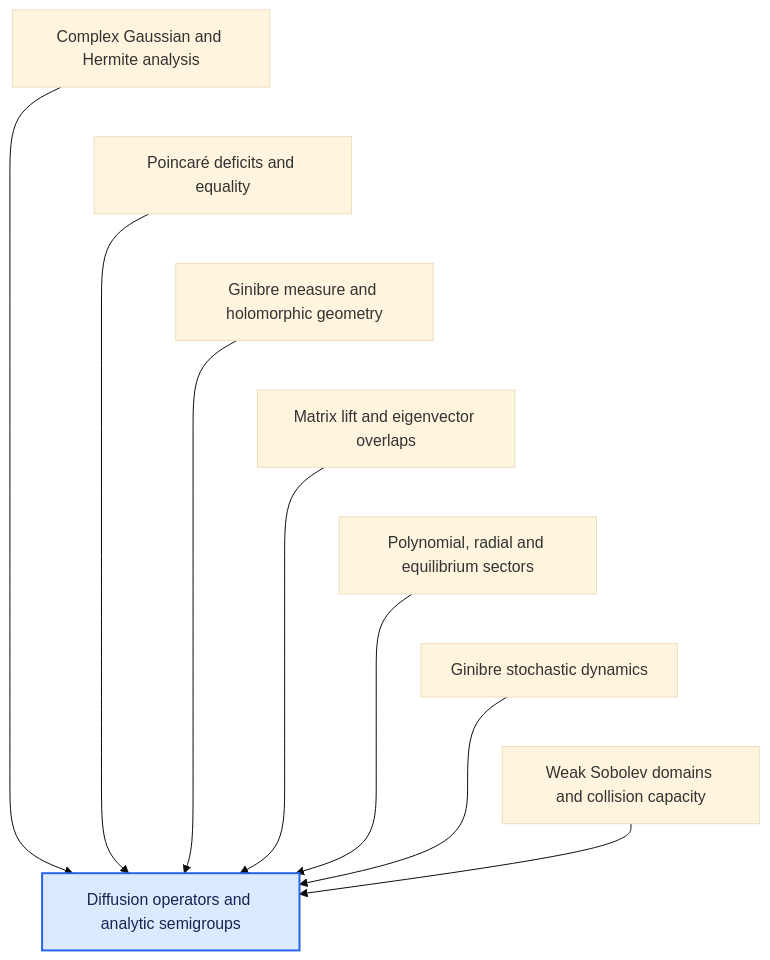
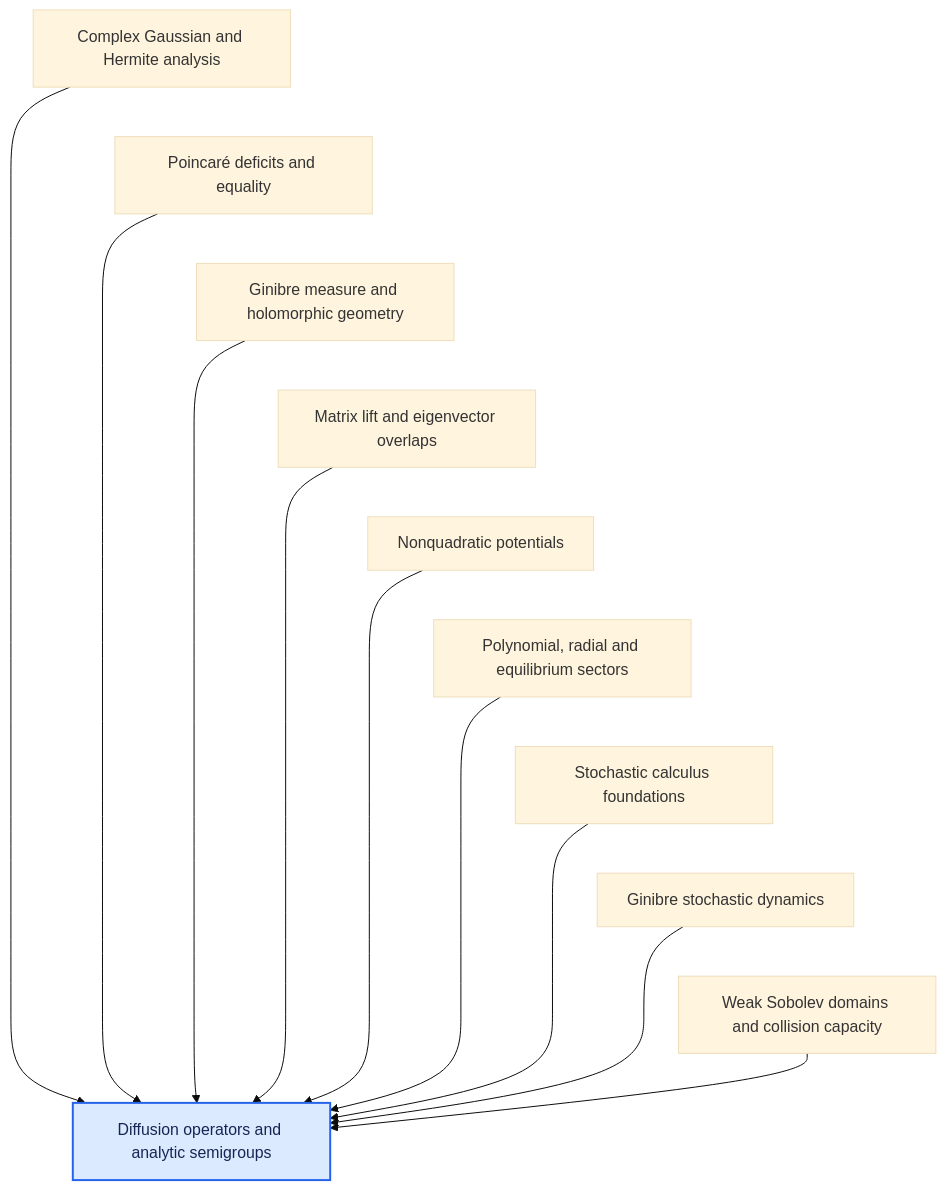
One commit to djalilchafai/ginibre-poincare changed the seventh of 12 diagrams in DEPENDENCIES.md. Above: the diagram before and after it, drawn with Mermaid (base theme). The commit also changed other lines of this file and 418 other files, not shown here.

````diff
--- a/DEPENDENCIES.md
+++ b/DEPENDENCIES.md
@@ -190,18 +200,22 @@
 ```mermaid
 flowchart TB
   ComplexGaussianHermite["Complex Gaussian and Hermite analysis"] --> GeneratorSemigroup["Diffusion operators and analytic semigroups"]
   DeficitsEquality["Poincaré deficits and equality"] --> GeneratorSemigroup["Diffusion operators and analytic semigroups"]
   GinibreMeasureGeometry["Ginibre measure and holomorphic geometry"] --> GeneratorSemigroup["Diffusion operators and analytic semigroups"]
   MatrixLift["Matrix lift and eigenvector overlaps"] --> GeneratorSemigroup["Diffusion operators and analytic semigroups"]
+  NonQuadratic["Nonquadratic potentials"] --> GeneratorSemigroup["Diffusion operators and analytic semigroups"]
   PolynomialRadial["Polynomial, radial and equilibrium sectors"] --> GeneratorSemigroup["Diffusion operators and analytic semigroups"]
+  StochasticCalculus["Stochastic calculus foundations"] --> GeneratorSemigroup["Diffusion operators and analytic semigroups"]
   StochasticDynamics["Ginibre stochastic dynamics"] --> GeneratorSemigroup["Diffusion operators and analytic semigroups"]
   WeakSobolev["Weak Sobolev domains and collision capacity"] --> GeneratorSemigroup["Diffusion operators and analytic semigroups"]
   ComplexGaussianHermite ~~~ DeficitsEquality
   DeficitsEquality ~~~ GinibreMeasureGeometry
   GinibreMeasureGeometry ~~~ MatrixLift
-  MatrixLift ~~~ PolynomialRadial
-  PolynomialRadial ~~~ StochasticDynamics
+  MatrixLift ~~~ NonQuadratic
+  NonQuadratic ~~~ PolynomialRadial
+  PolynomialRadial ~~~ StochasticCalculus
+  StochasticCalculus ~~~ StochasticDynamics
   StochasticDynamics ~~~ WeakSobolev
   classDef target fill:#dbeafe,stroke:#2563eb,stroke-width:2px,color:#172554;
   class GeneratorSemigroup target;
 ```
````
